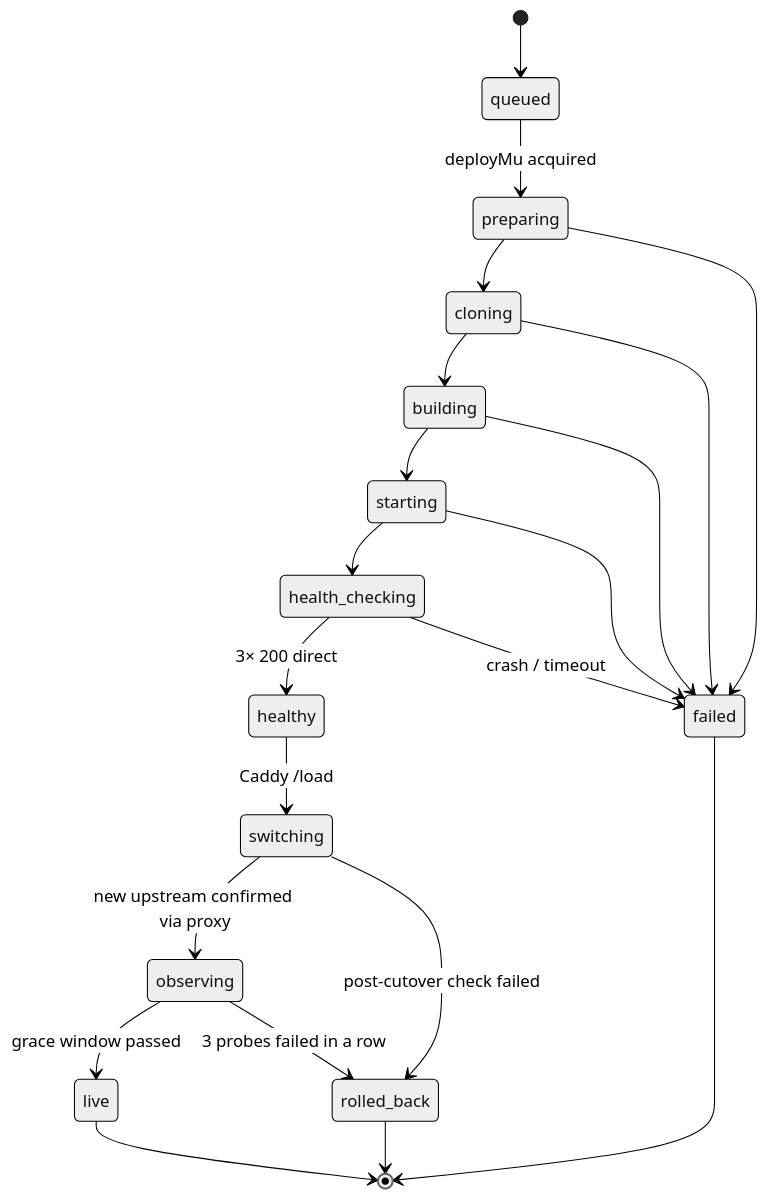
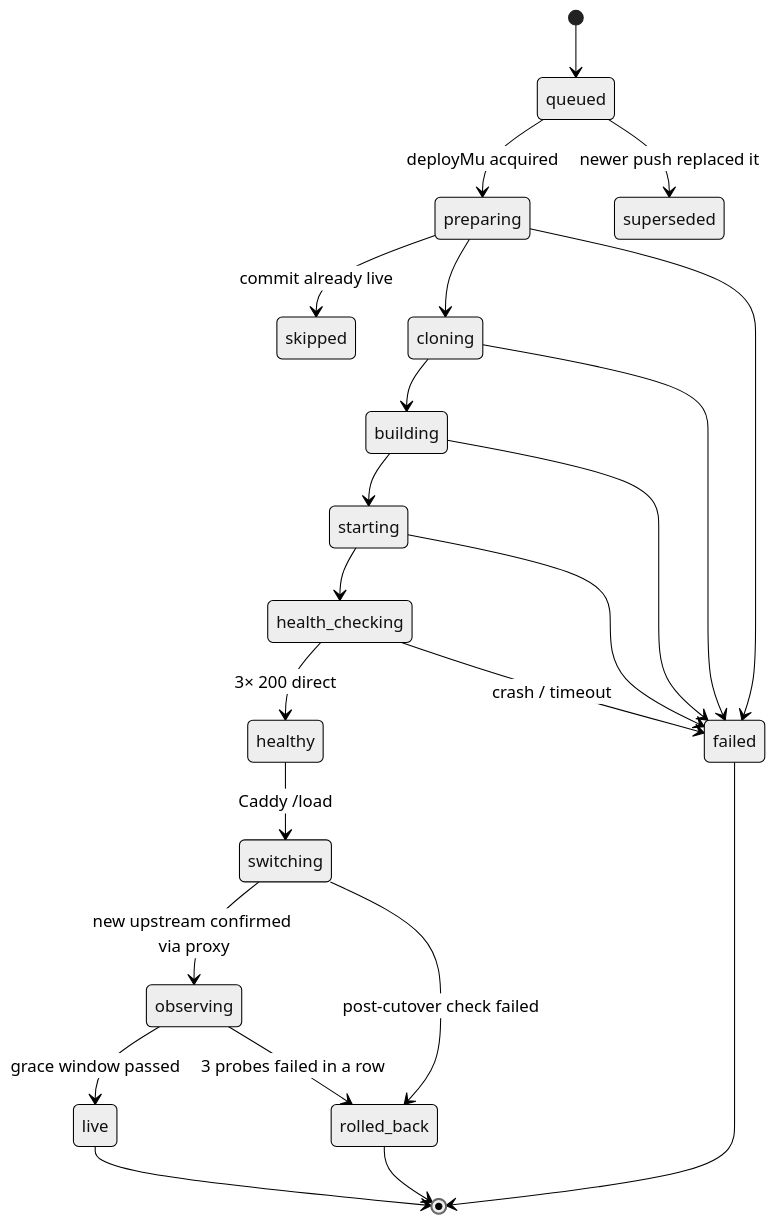
The fourth of 5 diagrams in README.md (mildlybrutal/sling-orchestrator), drawn with Mermaid (neutral theme) before and after one commit. The commit also changed other lines of this file and 10 other files, not shown here.

````diff
--- a/README.md
+++ b/README.md
@@ -164,24 +196,26 @@
 ```mermaid
 stateDiagram-v2
     [*] --> queued
     queued --> preparing: deployMu acquired
+    queued --> superseded: newer push replaced it
+    preparing --> skipped: commit already live
     preparing --> cloning
     cloning --> building
     building --> starting
     starting --> health_checking
     health_checking --> healthy: 3× 200 direct
     healthy --> switching: Caddy /load
     switching --> observing: new upstream confirmed via proxy
     observing --> live: grace window passed
     live --> [*]
 
     preparing --> failed
     cloning --> failed
     building --> failed
     starting --> failed
     health_checking --> failed: crash / timeout
     switching --> rolled_back: post-cutover check failed
     observing --> rolled_back: 3 probes failed in a row
     failed --> [*]
     rolled_back --> [*]
 ```
````
